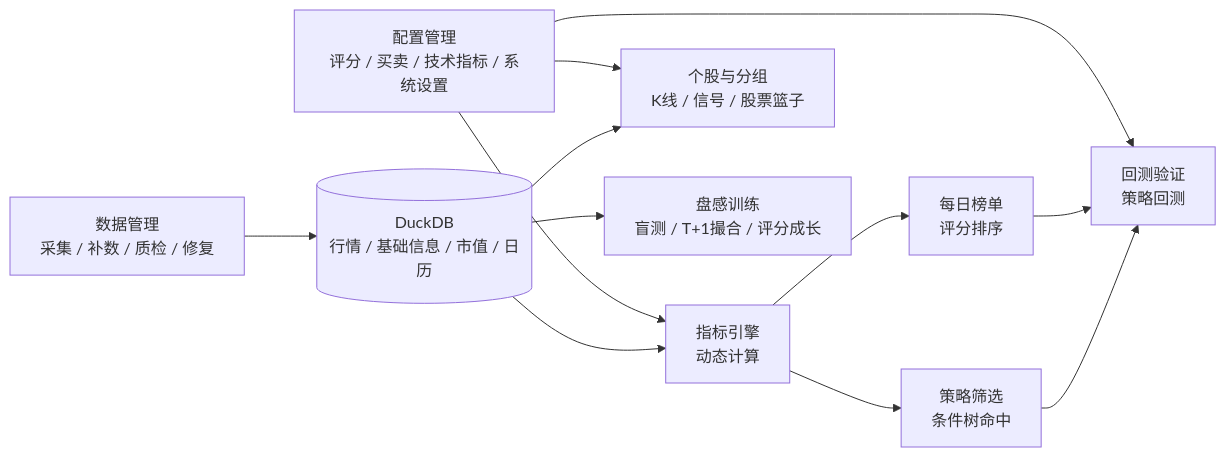
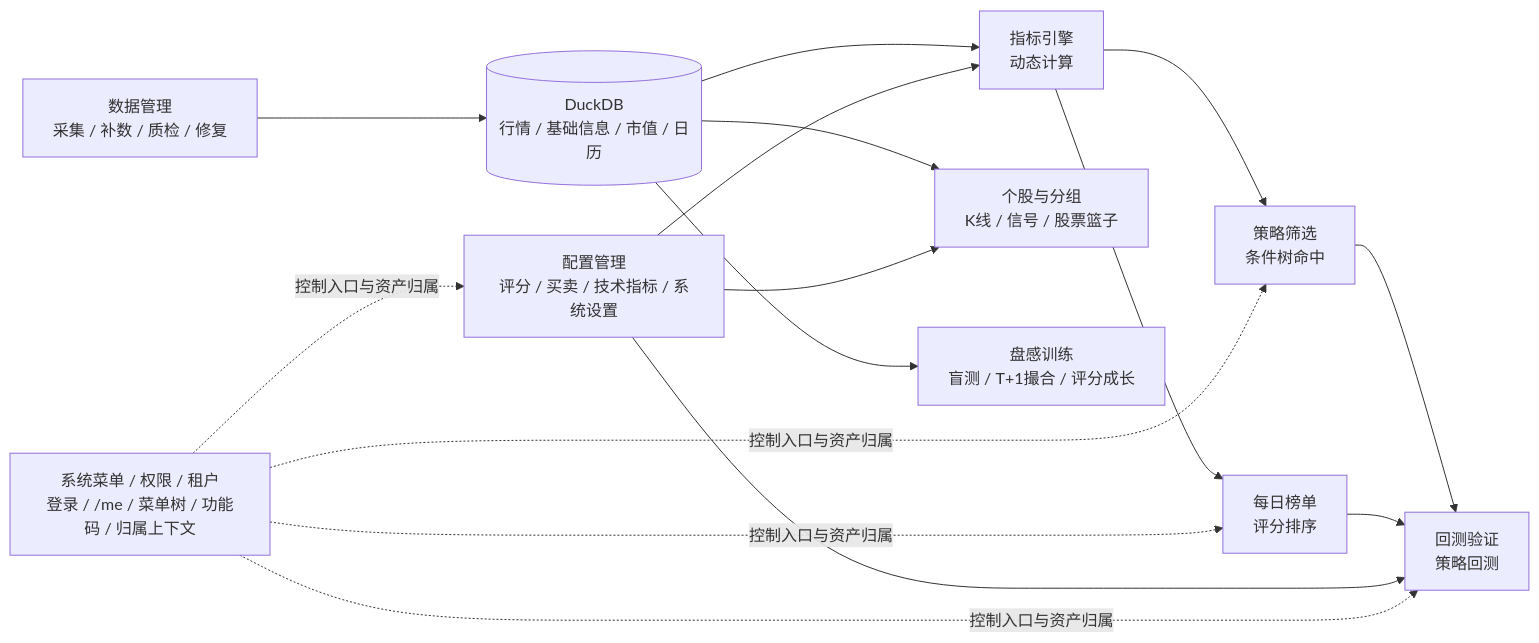
One commit to fulin-peng-ydxs/ai-stocks changed the first of 3 diagrams in README.md. Above: the diagram before and after it, drawn with Mermaid. The commit also changed other lines of this file and 4 other files, not shown here.

````diff
--- a/README.md
+++ b/README.md
@@ -89,14 +93,18 @@
 ```mermaid
 flowchart LR
   DM["数据管理\n采集 / 补数 / 质检 / 修复"] --> DB[("DuckDB\n行情 / 基础信息 / 市值 / 日历")]
   DB --> IND["指标引擎\n动态计算"]
   CFG["配置管理\n评分 / 买卖 / 技术指标 / 系统设置"] --> IND
   IND --> SCR["策略筛选\n条件树命中"]
   IND --> BRD["每日榜单\n评分排序"]
   SCR --> BT["回测验证\n策略回测"]
   BRD --> BT
   CFG --> BT
   DB --> STK["个股与分组\nK线 / 信号 / 股票篮子"]
   CFG --> STK
   DB --> TRN["盘感训练\n盲测 / T+1撮合 / 评分成长"]
+  RBAC["系统菜单 / 权限 / 租户\n登录 / /me / 菜单树 / 功能码 / 归属上下文"] -. 控制入口与资产归属 .-> CFG
+  RBAC -. 控制入口与资产归属 .-> SCR
+  RBAC -. 控制入口与资产归属 .-> BRD
+  RBAC -. 控制入口与资产归属 .-> BT
 ```
````
